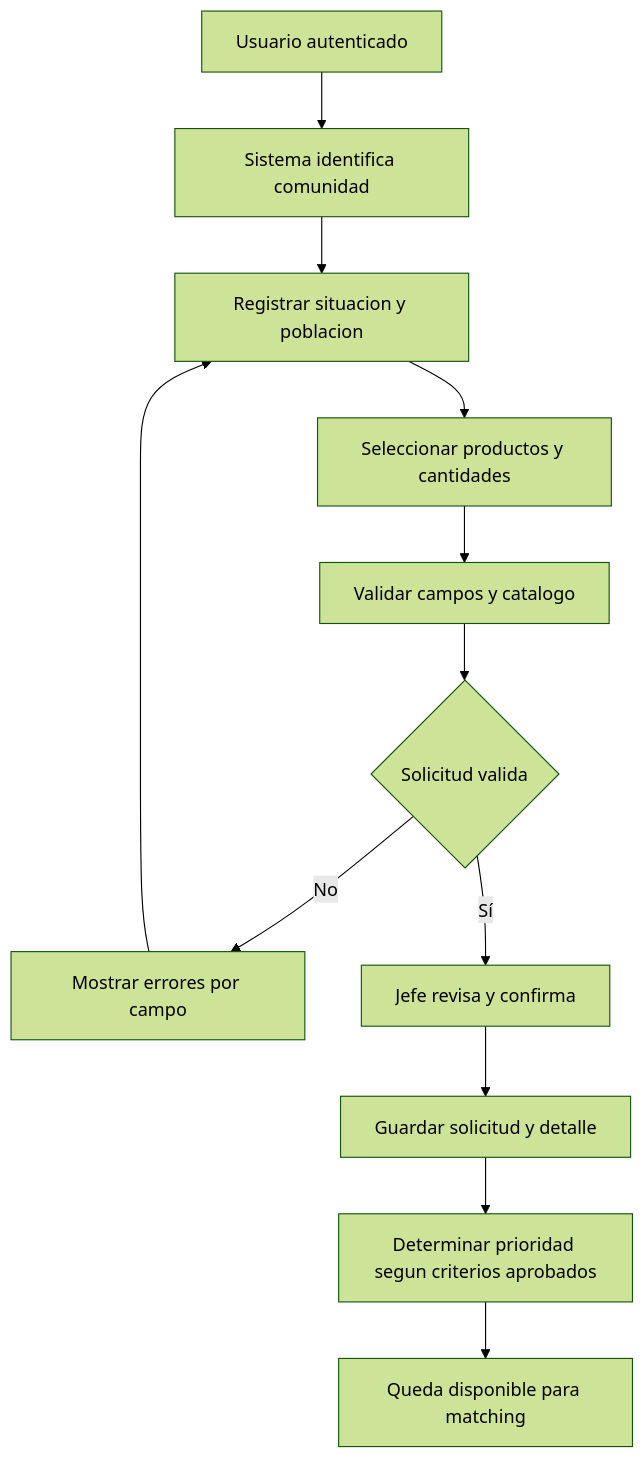
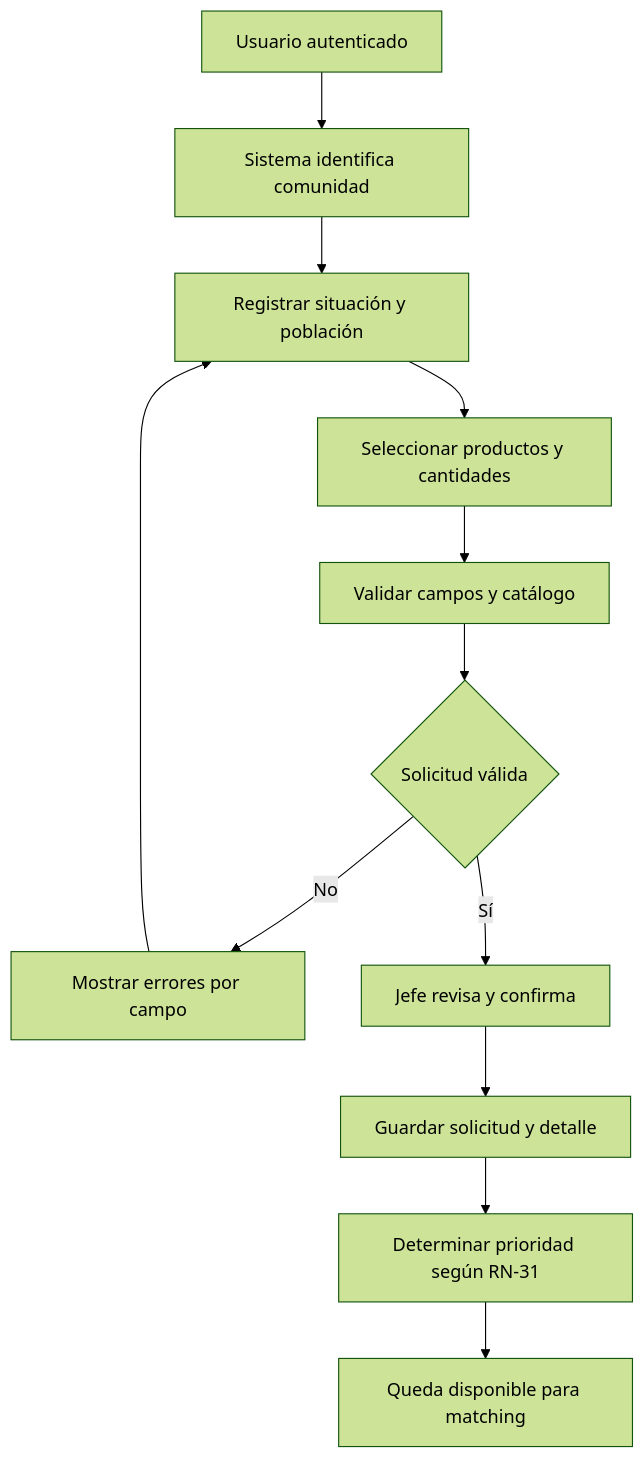
Before and after one commit to EderPanta18/alivia-humanitarian-system-design: the diagram in docs/02-procesos/01-solicitud-ayuda.md, drawn with Mermaid (forest theme). The commit also changed other lines of this file and 44 other files, not shown here.

````diff
--- a/docs/02-procesos/01-solicitud-ayuda.md
+++ b/docs/02-procesos/01-solicitud-ayuda.md
@@ -43,14 +49,14 @@
 ```mermaid
 flowchart TD
-  A[Usuario autenticado] --> B[Sistema identifica comunidad]
-  B --> C[Registrar situacion y poblacion]
-  C --> D[Seleccionar productos y cantidades]
-  D --> E[Validar campos y catalogo]
-  E --> F{Solicitud valida}
-  F -- No --> G[Mostrar errores por campo]
-  G --> C
-  F -- Sí --> H[Jefe revisa y confirma]
-  H --> I[Guardar solicitud y detalle]
-  I --> J[Determinar prioridad segun criterios aprobados]
-  J --> K[Queda disponible para matching]
+    A[Usuario autenticado] --> B[Sistema identifica comunidad]
+    B --> C[Registrar situación y población]
+    C --> D[Seleccionar productos y cantidades]
+    D --> E[Validar campos y catálogo]
+    E --> F{Solicitud válida}
+    F -- No --> G[Mostrar errores por campo]
+    G --> C
+    F -- Sí --> H[Jefe revisa y confirma]
+    H --> I[Guardar solicitud y detalle]
+    I --> J[Determinar prioridad según RN-31]
+    J --> K[Queda disponible para matching]
 ```
````
